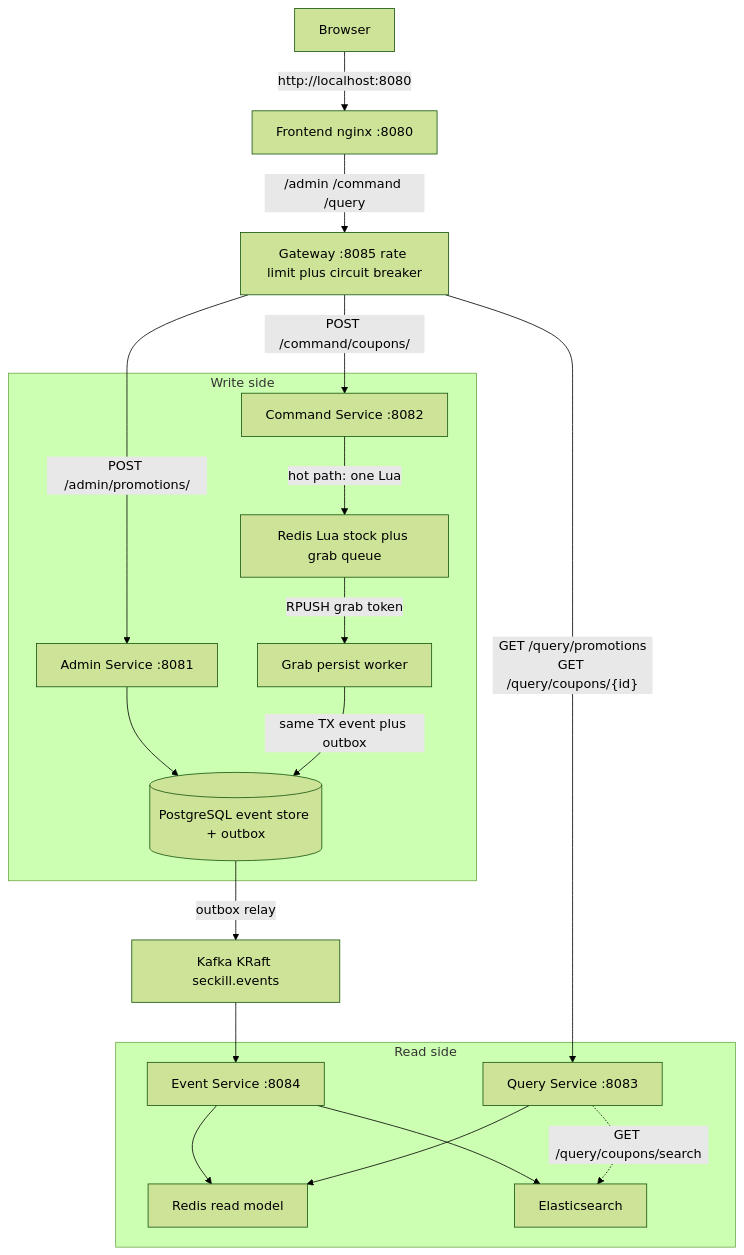
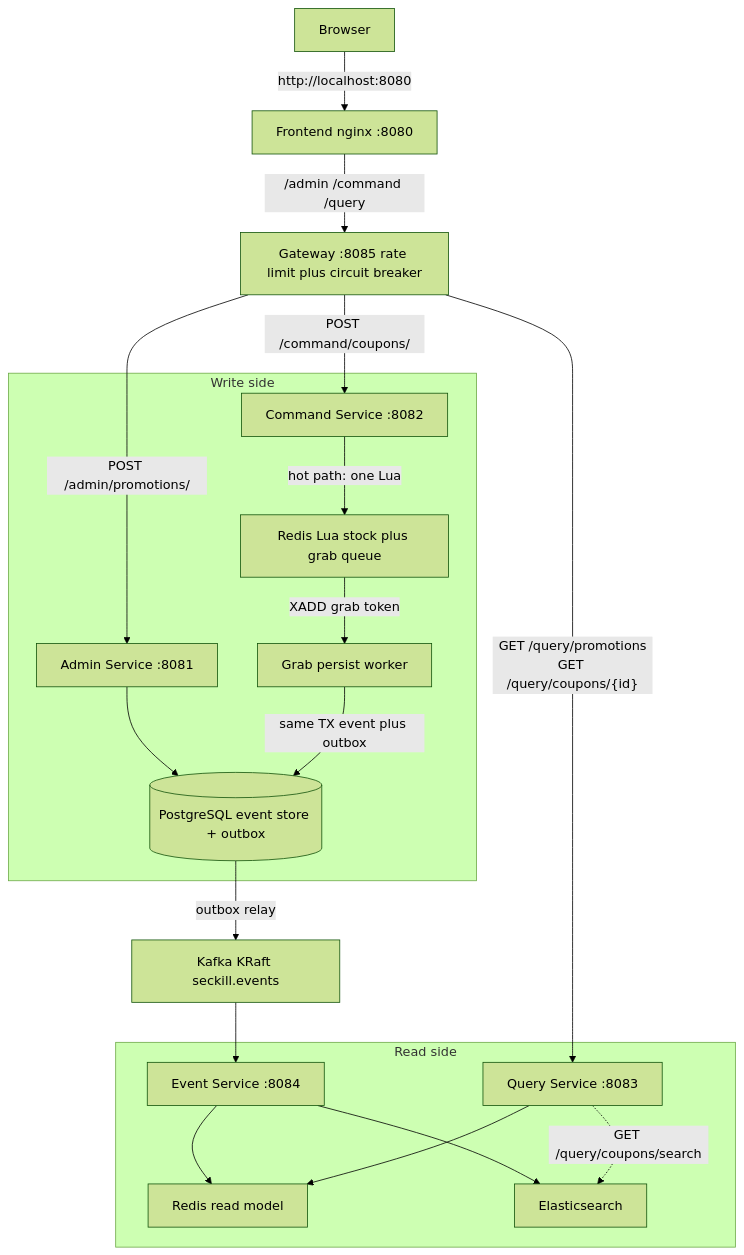
Before and after one commit to fanqingsong/seckill: the first of 3 diagrams in README.md, drawn with Mermaid (forest theme). The commit also changed other lines of this file and 8 other files, not shown here.

First line of the commit message:
Replace the grab list poller with a Redis Stream consumer group.

````diff
--- a/README.md
+++ b/README.md
@@ -39,39 +39,39 @@
 ```mermaid
 flowchart TB
   User["Browser"]
   FE["Frontend nginx :8080"]
   GW["Gateway :8085 rate limit plus circuit breaker"]
 
   subgraph writeSide["Write side"]
     Admin["Admin Service :8081"]
     Cmd["Command Service :8082"]
     RedisHot["Redis Lua stock plus grab queue"]
     Worker["Grab persist worker"]
     PG[("PostgreSQL event store + outbox")]
   end
 
   Kafka["Kafka KRaft seckill.events"]
 
   subgraph readSide["Read side"]
     Event["Event Service :8084"]
     Query["Query Service :8083"]
     RedisRead["Redis read model"]
     ES["Elasticsearch"]
   end
 
   User -->|"http://localhost:8080"| FE
   FE -->|"/admin /command /query"| GW
   GW -->|"POST /admin/promotions/"| Admin
   GW -->|"POST /command/coupons/"| Cmd
   GW -->|"GET /query/promotions<br/>GET /query/coupons/{id}"| Query
   Admin --> PG
   Cmd -->|"hot path: one Lua"| RedisHot
-  RedisHot -->|"RPUSH grab token"| Worker
+  RedisHot -->|"XADD grab token"| Worker
   Worker -->|"same TX event plus outbox"| PG
   PG -->|"outbox relay"| Kafka
   Kafka --> Event
   Event --> RedisRead
   Event --> ES
   Query --> RedisRead
   Query -.->|"GET /query/coupons/search"| ES
 ```
````
